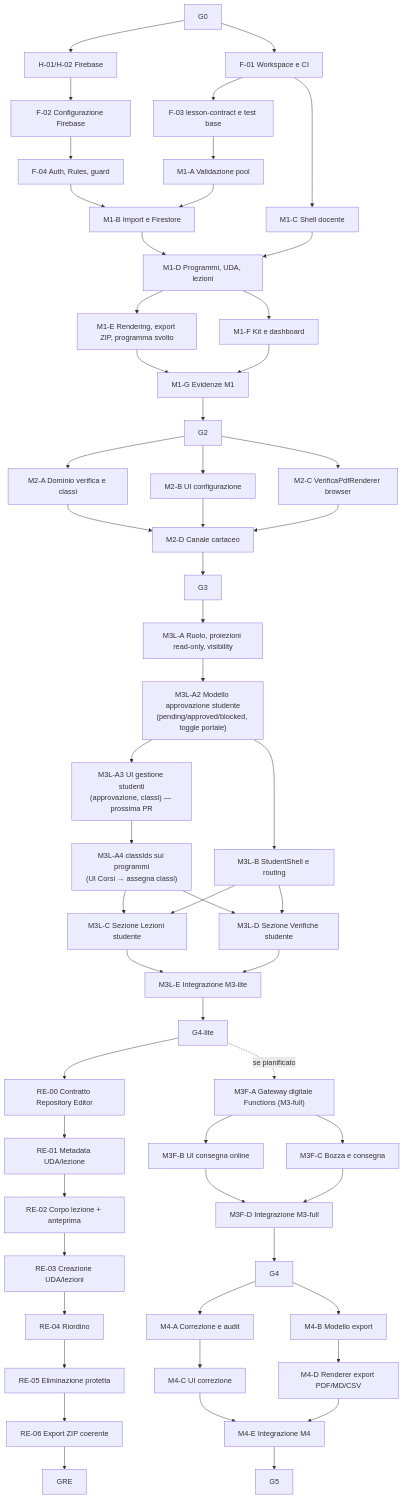
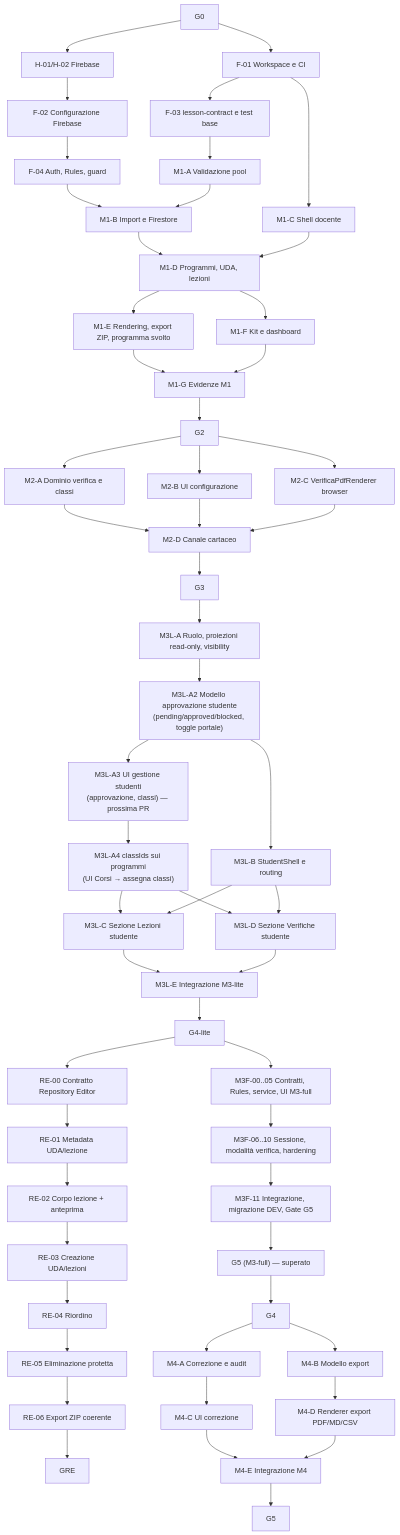
The diagram in documentazione/piano-implementazione.md (EnricoPaparo/SchoolForge), drawn with Mermaid before and after one commit. The commit also changed other lines of this file and 6 other files, not shown here.

First line of the commit message:
docs: chiusura formale M3-full — Gate G5 superato (#116)

````diff
--- a/documentazione/piano-implementazione.md
+++ b/documentazione/piano-implementazione.md
@@ -118,59 +118,58 @@
 ```mermaid
 flowchart TD
     G0 --> F1["F-01 Workspace e CI"]
     G0 --> H1["H-01/H-02 Firebase"]
     H1 --> F2["F-02 Configurazione Firebase"]
     F1 --> F3["F-03 lesson-contract e test base"]
     F2 --> F4["F-04 Auth, Rules, guard"]
     F3 --> M1A["M1-A Validazione pool"]
     F4 --> M1B["M1-B Import e Firestore"]
     M1A --> M1B
     F1 --> M1C["M1-C Shell docente"]
     M1B --> M1D["M1-D Programmi, UDA, lezioni"]
     M1C --> M1D
     M1D --> M1E["M1-E Rendering, export ZIP, programma svolto"]
     M1D --> M1F["M1-F Kit e dashboard"]
     M1E --> M1G["M1-G Evidenze M1"]
     M1F --> M1G
     M1G --> G2
     G2 --> M2A["M2-A Dominio verifica e classi"]
     G2 --> M2B["M2-B UI configurazione"]
     G2 --> M2C["M2-C VerificaPdfRenderer browser"]
     M2A --> M2D["M2-D Canale cartaceo"]
     M2B --> M2D
     M2C --> M2D
     M2D --> G3
     G3 --> M3LA["M3L-A Ruolo, proiezioni read-only, visibility"]
     M3LA --> M3LA2["M3L-A2 Modello approvazione studente\n(pending/approved/blocked, toggle portale)"]
     M3LA2 --> M3LA3["M3L-A3 UI gestione studenti\n(approvazione, classi) — prossima PR"]
     M3LA2 --> M3LB["M3L-B StudentShell e routing"]
     M3LA3 --> M3LA4["M3L-A4 classIds sui programmi\n(UI Corsi → assegna classi)"]
     M3LA4 --> M3LC["M3L-C Sezione Lezioni studente"]
     M3LB --> M3LC
     M3LA4 --> M3LD["M3L-D Sezione Verifiche studente"]
     M3LB --> M3LD
     M3LC --> M3LE["M3L-E Integrazione M3-lite"]
     M3LD --> M3LE
     M3LE --> G4LITE["G4-lite"]
     G4LITE --> RE0["RE-00 Contratto Repository Editor"]
     RE0 --> RE1["RE-01 Metadata UDA/lezione"]
     RE1 --> RE2["RE-02 Corpo lezione + anteprima"]
     RE2 --> RE3["RE-03 Creazione UDA/lezioni"]
     RE3 --> RE4["RE-04 Riordino"]
     RE4 --> RE5["RE-05 Eliminazione protetta"]
     RE5 --> RE6["RE-06 Export ZIP coerente"]
     RE6 --> REG["GRE"]
-    G4LITE -. "se pianificato" .-> M3FA["M3F-A Gateway digitale Functions (M3-full)"]
-    M3FA --> M3FB["M3F-B UI consegna online"]
-    M3FA --> M3FC["M3F-C Bozza e consegna"]
-    M3FB --> M3FD["M3F-D Integrazione M3-full"]
-    M3FC --> M3FD
-    M3FD --> G4
+    G4LITE --> M3FA["M3F-00..05 Contratti, Rules, service, UI M3-full"]
+    M3FA --> M3FB["M3F-06..10 Sessione, modalità verifica, hardening"]
+    M3FB --> M3FD["M3F-11 Integrazione, migrazione DEV, Gate G5"]
+    M3FD --> G5FULL["G5 (M3-full) — superato"]
+    G5FULL --> G4
     G4 --> M4A["M4-A Correzione e audit"]
     G4 --> M4B["M4-B Modello export"]
     M4A --> M4C["M4-C UI correzione"]
     M4B --> M4D["M4-D Renderer export PDF/MD/CSV"]
     M4C --> M4E["M4-E Integrazione M4"]
     M4D --> M4E
     M4E --> G5
 ```
````
